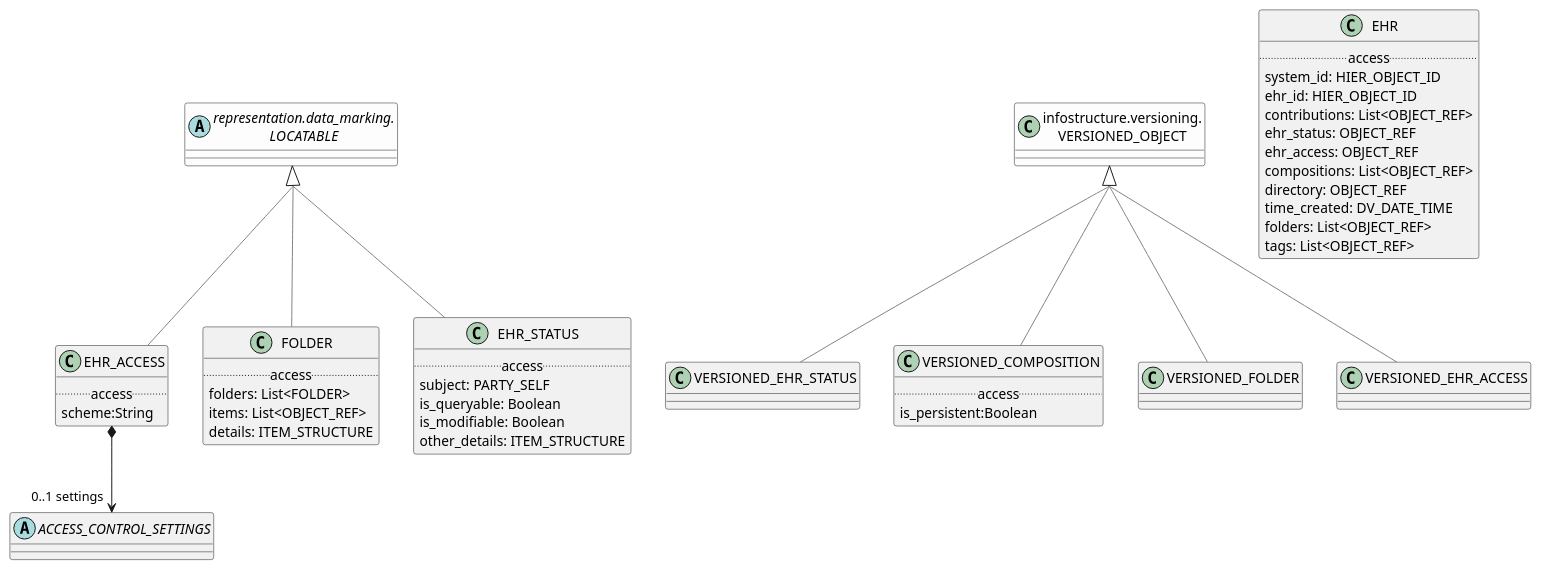
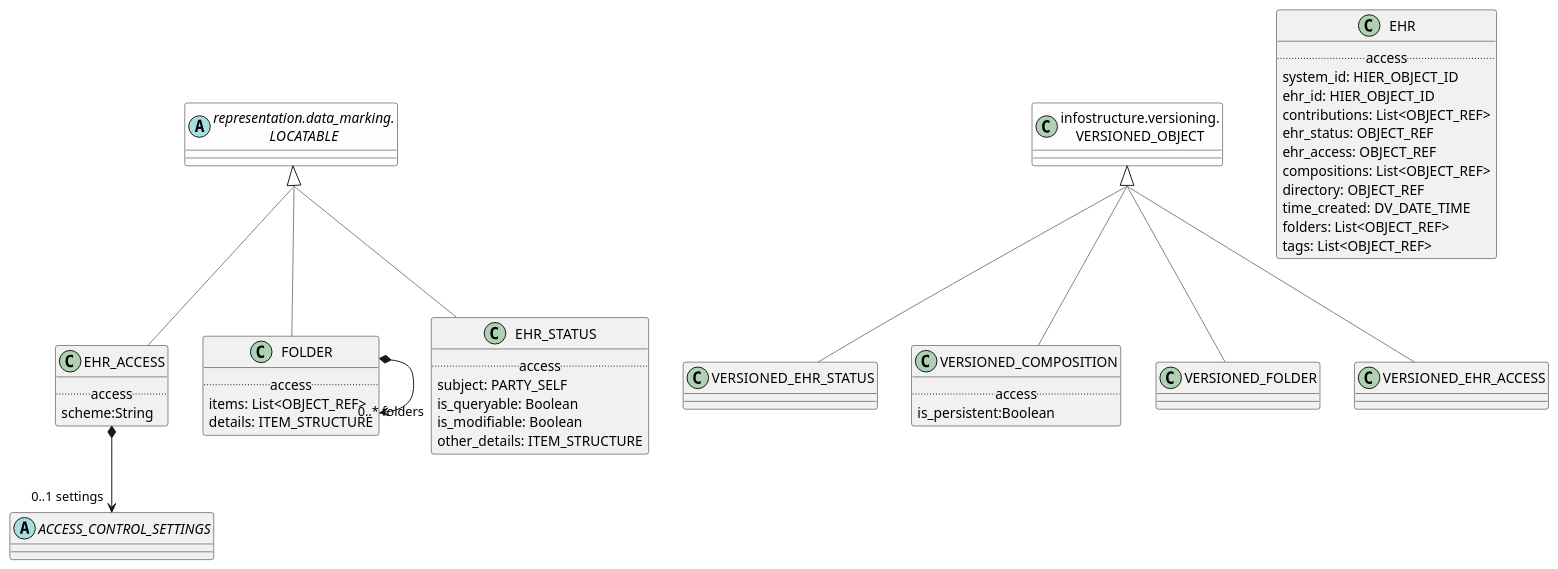
One commit to wolandscat/openehr-doc changed the diagram in modules/ROOT/examples/bmm/domain-healthcare/ehr/ehr-package-uml.adoc. Above: the diagram before and after it, drawn with PlantUML. The commit also changed 26 other files, not shown here.

```diff
--- a/modules/ROOT/examples/bmm/domain-healthcare/ehr/ehr-package-uml.adoc
+++ b/modules/ROOT/examples/bmm/domain-healthcare/ehr/ehr-package-uml.adoc
@@ -63,13 +63,14 @@
 
 class FOLDER [[/openehr-doc/latest/domain-healthcare/ehr-gen.html#_class_folder]] {
         .. access ..
-        folders: List<FOLDER>
         items: List<OBJECT_REF>
         details: ITEM_STRUCTURE
 }
 
 FOLDER -[#gray]up-|> LOCATABLE  
 
+
+FOLDER *--> "0..* folders" FOLDER
 
 class EHR_STATUS [[/openehr-doc/latest/domain-healthcare/ehr-gen.html#_class_ehr_status]] {
         .. access ..
```
